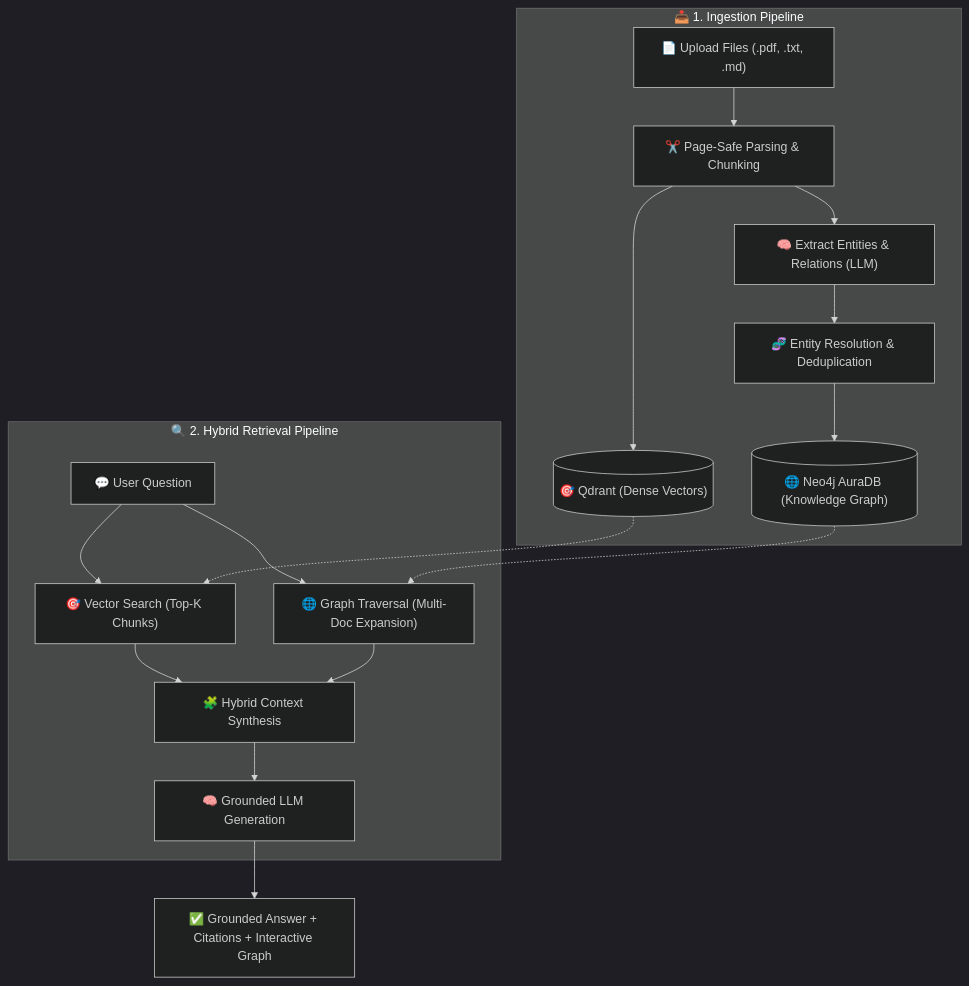
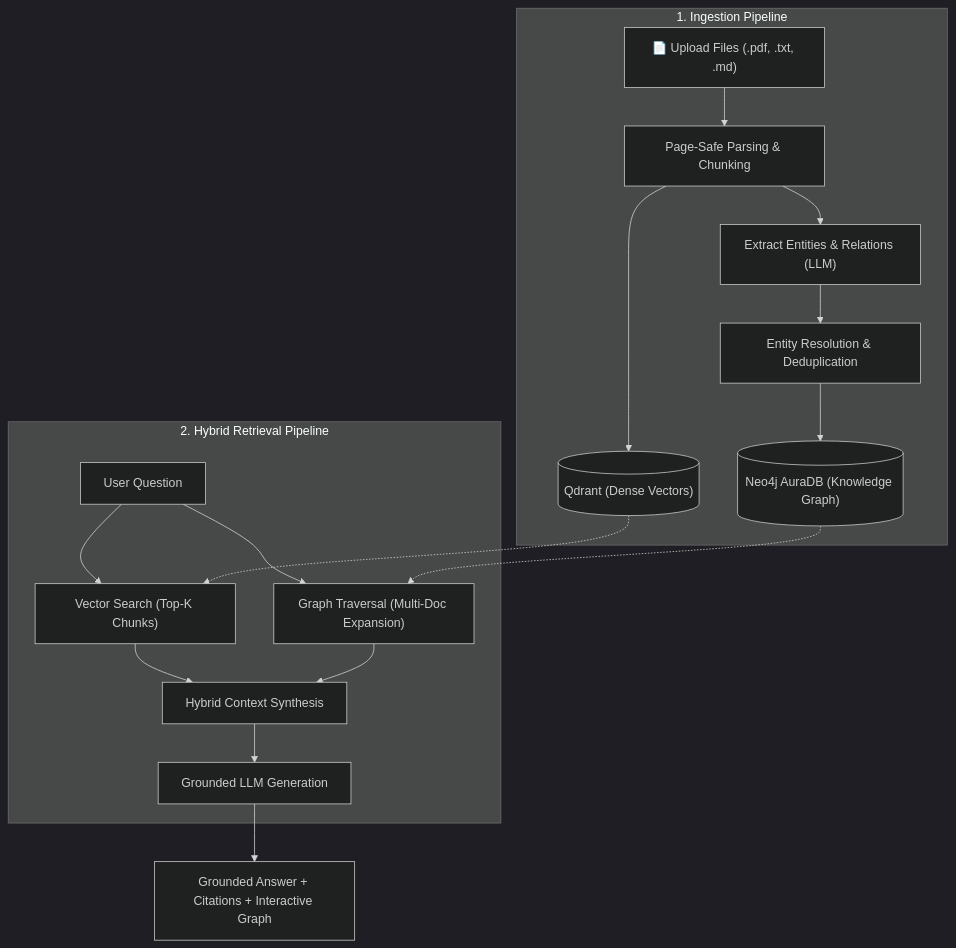
The second of 2 diagrams in README.md (yuvrajgovindrao/GraphRAG), drawn with Mermaid (dark theme) before and after one commit. The commit also changed other lines of this file and 3 other files, not shown here.

````diff
--- a/README.md
+++ b/README.md
@@ -59,22 +59,22 @@
 ```mermaid
 flowchart TD
-    subgraph Ingestion["📥 1. Ingestion Pipeline"]
-        A["📄 Upload Files (.pdf, .txt, .md)"] --> B["✂️ Page-Safe Parsing & Chunking"]
-        B --> C[("🎯 Qdrant (Dense Vectors)")]
-        B --> D["🧠 Extract Entities & Relations (LLM)"]
-        D --> E["🧬 Entity Resolution & Deduplication"]
-        E --> F[("🌐 Neo4j AuraDB (Knowledge Graph)")]
+    subgraph Ingestion[" 1. Ingestion Pipeline"]
+        A["📄 Upload Files (.pdf, .txt, .md)"] --> B[" Page-Safe Parsing & Chunking"]
+        B --> C[(" Qdrant (Dense Vectors)")]
+        B --> D[" Extract Entities & Relations (LLM)"]
+        D --> E[" Entity Resolution & Deduplication"]
+        E --> F[(" Neo4j AuraDB (Knowledge Graph)")]
     end
 
-    subgraph Retrieval["🔍 2. Hybrid Retrieval Pipeline"]
-        Q["💬 User Question"] --> V["🎯 Vector Search (Top-K Chunks)"]
-        Q --> G["🌐 Graph Traversal (Multi-Doc Expansion)"]
+    subgraph Retrieval[" 2. Hybrid Retrieval Pipeline"]
+        Q[" User Question"] --> V[" Vector Search (Top-K Chunks)"]
+        Q --> G[" Graph Traversal (Multi-Doc Expansion)"]
         C -.-> V
         F -.-> G
-        V --> H["🧩 Hybrid Context Synthesis"]
+        V --> H[" Hybrid Context Synthesis"]
         G --> H
-        H --> AGI["🧠 Grounded LLM Generation"]
+        H --> AGI[" Grounded LLM Generation"]
     end
 
-    AGI --> Out["✅ Grounded Answer + Citations + Interactive Graph"]
+    AGI --> Out[" Grounded Answer + Citations + Interactive Graph"]
 ```
````
